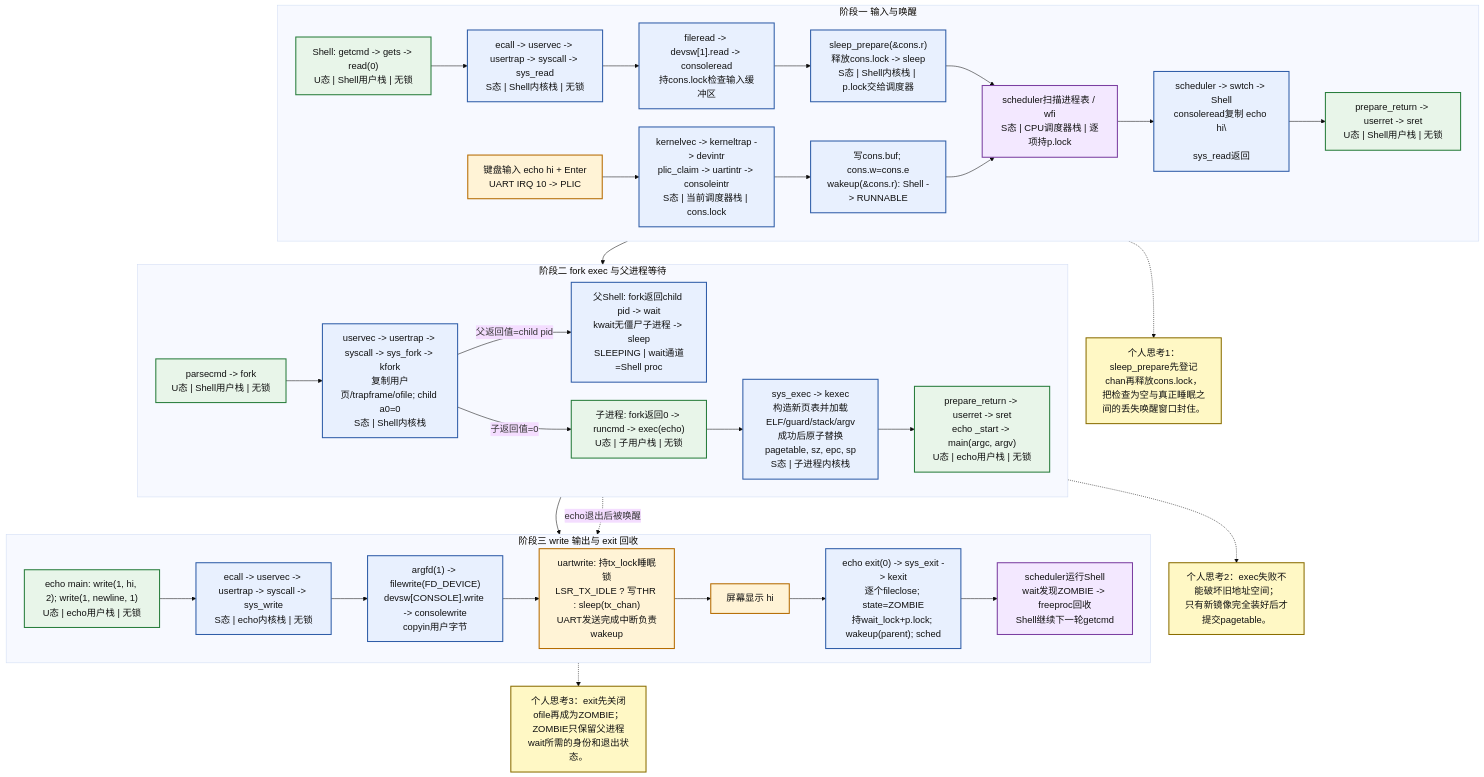
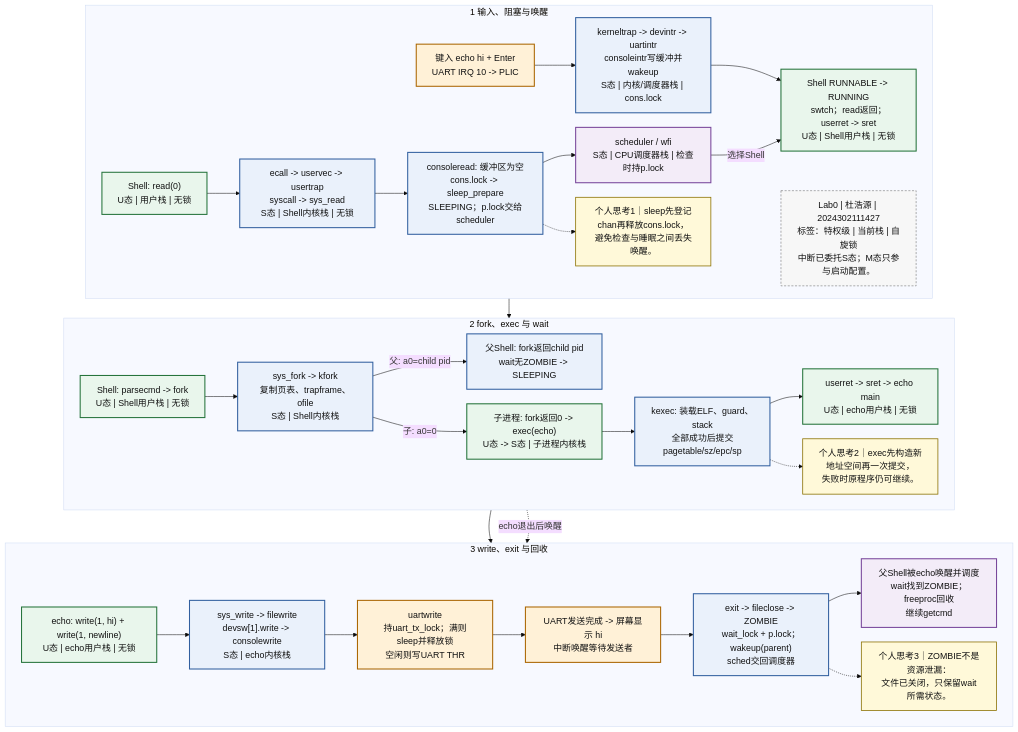
The diagram in figures/01-echo-control-flow.md (hoyuand/2024302111427), drawn with Mermaid before and after one commit. The commit also changed other lines of this file and 15 other files, not shown here.

Commit message:
第0次实验：完成三份软件架构图

````diff
--- a/figures/01-echo-control-flow.md
+++ b/figures/01-echo-control-flow.md
@@ -5,62 +5,62 @@
 ```mermaid
-%%{init: {"theme":"base","themeVariables":{"fontSize":"18px","fontFamily":"Microsoft YaHei, Arial, sans-serif"},"flowchart":{"nodeSpacing":35,"rankSpacing":45}}}%%
+%%{init: {"theme":"base","themeVariables":{"fontSize":"17px","fontFamily":"Microsoft YaHei, Arial, sans-serif"},"flowchart":{"nodeSpacing":28,"rankSpacing":38,"curve":"basis"}}}%%
 flowchart TB
-  classDef user fill:#e8f5e9,stroke:#287d3c,color:#111,stroke-width:2px
-  classDef kernel fill:#e8f0fe,stroke:#2f5da8,color:#111,stroke-width:2px
-  classDef sched fill:#f3e8ff,stroke:#7b3fa1,color:#111,stroke-width:2px
-  classDef device fill:#fff3d6,stroke:#b56b00,color:#111,stroke-width:2px
-  classDef note fill:#fff8c5,stroke:#8a6d00,color:#111,stroke-width:2px
+  classDef user fill:#e9f6ec,stroke:#24733a,color:#111,stroke-width:2px
+  classDef kernel fill:#eaf1fb,stroke:#315f9f,color:#111,stroke-width:2px
+  classDef sched fill:#f3ecf8,stroke:#77459a,color:#111,stroke-width:2px
+  classDef device fill:#fff1d7,stroke:#aa6500,color:#111,stroke-width:2px
+  classDef note fill:#fff9d9,stroke:#8a7000,color:#111,stroke-width:1.5px
+  classDef legend fill:#f7f7f7,stroke:#666,color:#111,stroke-dasharray:4 3
 
-  subgraph INPUT[阶段一 输入与唤醒]
+  subgraph INPUT[1 输入、阻塞与唤醒]
     direction LR
-    shRead["Shell: getcmd -> gets -> read(0)<br/>U态 | Shell用户栈 | 无锁"]:::user
-    readTrap["ecall -> uservec -> usertrap -> syscall -> sys_read<br/>S态 | Shell内核栈 | 无锁"]:::kernel
-    consRead["fileread -> devsw[1].read -> consoleread<br/>持cons.lock检查输入缓冲区"]:::kernel
-    sleepPrep["sleep_prepare(&cons.r)<br/>释放cons.lock -> sleep<br/>S态 | Shell内核栈 | p.lock交给调度器"]:::kernel
-    schedulerIdle["scheduler扫描进程表 / wfi<br/>S态 | CPU调度器栈 | 逐项持p.lock"]:::sched
-    keyboard["键盘输入 echo hi + Enter<br/>UART IRQ 10 -> PLIC"]:::device
-    uartIn["kernelvec -> kerneltrap -> devintr<br/>plic_claim -> uartintr -> consoleintr<br/>S态 | 当前调度器栈 | cons.lock"]:::kernel
-    wakeShell["写cons.buf; cons.w=cons.e<br/>wakeup(&cons.r): Shell -> RUNNABLE"]:::kernel
-    resumeRead["scheduler -> swtch -> Shell<br/>consoleread复制 echo hi\\n<br/>sys_read返回"]:::kernel
-    returnShell["prepare_return -> userret -> sret<br/>U态 | Shell用户栈 | 无锁"]:::user
-    shRead --> readTrap --> consRead --> sleepPrep --> schedulerIdle
-    keyboard --> uartIn --> wakeShell --> schedulerIdle
-    schedulerIdle --> resumeRead --> returnShell
+    i1["Shell: read(0)<br/>U态 | 用户栈 | 无锁"]:::user
+    i2["ecall -> uservec -> usertrap<br/>syscall -> sys_read<br/>S态 | Shell内核栈 | 无锁"]:::kernel
+    i3["consoleread: 缓冲区为空<br/>cons.lock -> sleep_prepare<br/>SLEEPING；p.lock交给scheduler"]:::kernel
+    i4["scheduler / wfi<br/>S态 | CPU调度器栈 | 检查时持p.lock"]:::sched
+    i5["键入 echo hi + Enter<br/>UART IRQ 10 -> PLIC"]:::device
+    i6["kerneltrap -> devintr -> uartintr<br/>consoleintr写缓冲并wakeup<br/>S态 | 内核/调度器栈 | cons.lock"]:::kernel
+    i7["Shell RUNNABLE -> RUNNING<br/>swtch；read返回；userret -> sret<br/>U态 | Shell用户栈 | 无锁"]:::user
+    n1["个人思考1｜sleep先登记chan再释放cons.lock，<br/>避免检查与睡眠之间丢失唤醒。"]:::note
+    legend["Lab0 | 杜浩源 | 2024302111427<br/>标签：特权级 | 当前栈 | 自旋锁<br/>中断已委托S态；M态只参与启动配置。"]:::legend
+
+    i1 --> i2 --> i3 --> i4
+    i5 --> i6 --> i7
+    i4 -->|选择Shell| i7
+    i3 -.-> n1
   end
 
-  subgraph CREATE[阶段二 fork exec 与父进程等待]
+  subgraph CREATE[2 fork、exec 与 wait]
     direction LR
-    parse["parsecmd -> fork<br/>U态 | Shell用户栈 | 无锁"]:::user
-    forkKernel["uservec -> usertrap -> syscall -> sys_fork -> kfork<br/>复制用户页/trapframe/ofile; child a0=0<br/>S态 | Shell内核栈"]:::kernel
-    parent["父Shell: fork返回child pid -> wait<br/>kwait无僵尸子进程 -> sleep<br/>SLEEPING | wait通道=Shell proc"]:::kernel
-    child["子进程: fork返回0 -> runcmd -> exec(echo)<br/>U态 | 子用户栈 | 无锁"]:::user
-    execKernel["sys_exec -> kexec<br/>构造新页表并加载ELF/guard/stack/argv<br/>成功后原子替换pagetable, sz, epc, sp<br/>S态 | 子进程内核栈"]:::kernel
-    echoStart["prepare_return -> userret -> sret<br/>echo _start -> main(argc, argv)<br/>U态 | echo用户栈 | 无锁"]:::user
-    parse --> forkKernel
-    forkKernel -->|"父返回值=child pid"| parent
-    forkKernel -->|"子返回值=0"| child --> execKernel --> echoStart
+    f1["Shell: parsecmd -> fork<br/>U态 | Shell用户栈 | 无锁"]:::user
+    f2["sys_fork -> kfork<br/>复制页表、trapframe、ofile<br/>S态 | Shell内核栈"]:::kernel
+    f3["父Shell: fork返回child pid<br/>wait无ZOMBIE -> SLEEPING"]:::kernel
+    f4["子进程: fork返回0 -> exec(echo)<br/>U态 -> S态 | 子进程内核栈"]:::user
+    f5["kexec: 装载ELF、guard、stack<br/>全部成功后提交pagetable/sz/epc/sp"]:::kernel
+    f6["userret -> sret -> echo main<br/>U态 | echo用户栈 | 无锁"]:::user
+    n2["个人思考2｜exec先构造新地址空间再一次提交，<br/>失败时原程序仍可继续。"]:::note
+
+    f1 --> f2
+    f2 -->|父: a0=child pid| f3
+    f2 -->|子: a0=0| f4 --> f5 --> f6
+    f5 -.-> n2
   end
 
-  subgraph OUTPUT[阶段三 write 输出与 exit 回收]
+  subgraph OUTPUT[3 write、exit 与回收]
     direction LR
-    echoWrite["echo main: write(1, hi, 2); write(1, newline, 1)<br/>U态 | echo用户栈 | 无锁"]:::user
-    writeTrap["ecall -> uservec -> usertrap -> syscall -> sys_write<br/>S态 | echo内核栈 | 无锁"]:::kernel
-    filePath["argfd(1) -> filewrite(FD_DEVICE)<br/>devsw[CONSOLE].write -> consolewrite<br/>copyin用户字节"]:::kernel
-    uartOut["uartwrite: 持tx_lock睡眠锁<br/>LSR_TX_IDLE ? 写THR : sleep(tx_chan)<br/>UART发送完成中断负责wakeup"]:::device
-    screen["屏幕显示 hi"]:::device
-    echoExit["echo exit(0) -> sys_exit -> kexit<br/>逐个fileclose; state=ZOMBIE<br/>持wait_lock+p.lock; wakeup(parent); sched"]:::kernel
-    reap["scheduler运行Shell<br/>wait发现ZOMBIE -> freeproc回收<br/>Shell继续下一轮getcmd"]:::sched
-    echoWrite --> writeTrap --> filePath --> uartOut --> screen --> echoExit --> reap
+    o1["echo: write(1, hi) + write(1, newline)<br/>U态 | echo用户栈 | 无锁"]:::user
+    o2["sys_write -> filewrite<br/>devsw[1].write -> consolewrite<br/>S态 | echo内核栈"]:::kernel
+    o3["uartwrite<br/>持uart_tx_lock；满则sleep并释放锁<br/>空闲则写UART THR"]:::device
+    o4["UART发送完成 -> 屏幕显示 hi<br/>中断唤醒等待发送者"]:::device
+    o5["exit -> fileclose -> ZOMBIE<br/>wait_lock + p.lock；wakeup(parent)<br/>sched交回调度器"]:::kernel
+    o6["父Shell被echo唤醒并调度<br/>wait找到ZOMBIE；freeproc回收<br/>继续getcmd"]:::sched
+    n3["个人思考3｜ZOMBIE不是资源泄漏：<br/>文件已关闭，只保留wait所需状态。"]:::note
+
+    o1 --> o2 --> o3 --> o4 --> o5 --> o6
+    o5 -.-> n3
   end
 
-  returnShell --> parse
-  echoStart --> echoWrite
-  parent -. "echo退出后被唤醒" .-> reap
-
-  thought1["个人思考1：sleep_prepare先登记chan再释放cons.lock，<br/>把检查为空与真正睡眠之间的丢失唤醒窗口封住。"]:::note
-  thought2["个人思考2：exec失败不能破坏旧地址空间；<br/>只有新镜像完全装好后才提交pagetable。"]:::note
-  thought3["个人思考3：exit先关闭ofile再成为ZOMBIE；<br/>ZOMBIE只保留父进程wait所需的身份和退出状态。"]:::note
-  sleepPrep -.-> thought1
-  execKernel -.-> thought2
-  echoExit -.-> thought3
+  i7 --> f1
+  f6 --> o1
+  f3 -. "echo退出后唤醒" .-> o6
 ```
````
